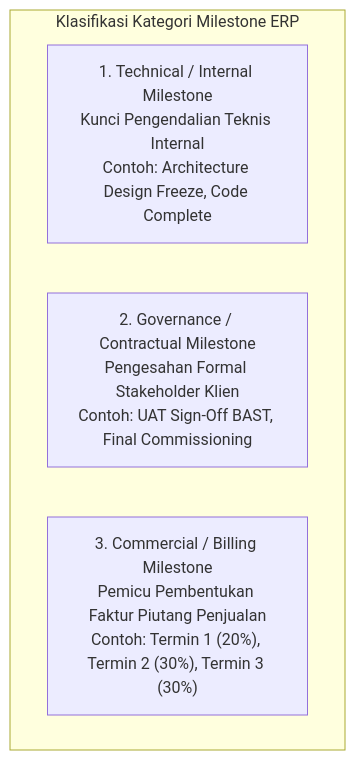
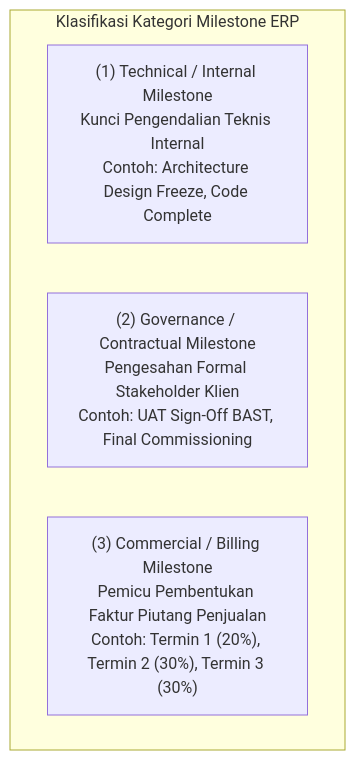
Before and after one commit to alimurrofid/erp-notes: the second of 4 diagrams in content/09-project/project-task-and-milestone.md, drawn with Mermaid. The commit also changed 132 other files, not shown here.

````diff
--- a/content/09-project/project-task-and-milestone.md
+++ b/content/09-project/project-task-and-milestone.md
@@ -58,8 +58,8 @@
 ```mermaid
 graph TD
     subgraph MilestoneCategories["Klasifikasi Kategori Milestone ERP"]
-        Tech["1. Technical / Internal Milestone<br/>Kunci Pengendalian Teknis Internal<br/>Contoh: Architecture Design Freeze, Code Complete"]
-        Gov["2. Governance / Contractual Milestone<br/>Pengesahan Formal Stakeholder Klien<br/>Contoh: UAT Sign-Off BAST, Final Commissioning"]
-        Comm["3. Commercial / Billing Milestone<br/>Pemicu Pembentukan Faktur Piutang Penjualan<br/>Contoh: Termin 1 (20%), Termin 2 (30%), Termin 3 (30%)"]
+        Tech["(1) Technical / Internal Milestone<br/>Kunci Pengendalian Teknis Internal<br/>Contoh: Architecture Design Freeze, Code Complete"]
+        Gov["(2) Governance / Contractual Milestone<br/>Pengesahan Formal Stakeholder Klien<br/>Contoh: UAT Sign-Off BAST, Final Commissioning"]
+        Comm["(3) Commercial / Billing Milestone<br/>Pemicu Pembentukan Faktur Piutang Penjualan<br/>Contoh: Termin 1 (20%), Termin 2 (30%), Termin 3 (30%)"]
     end
 ```
````
